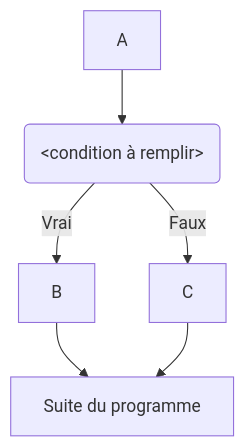
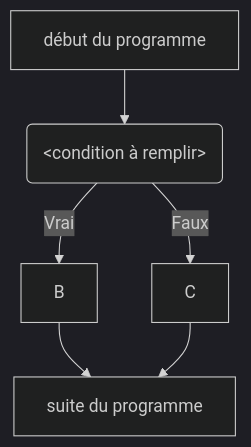
Before and after one commit to Lisra-git/MergeCommitMkDocs42: the second of 4 diagrams in docs/python2.md, drawn with Mermaid. The commit also changed other lines of this file and 20 other files, not shown here.

````diff
--- a/docs/python2.md
+++ b/docs/python2.md
@@ -18,9 +23,10 @@
-    ```mermaid
-    graph TD;
-    A-->p("#60;condition à remplir#62;");
-    p-->|Vrai|B;
-    p-->|Faux|C;
-    B-->D[Suite du programme];
-    C-->D[Suite du programme];
-    class p if;
-    ```
+        ```mermaid
+        %%{init:{'theme': 'dark' }}%%
+        graph TD;
+        A[début du programme]-->p("#60;condition à remplir#62;");
+        p-->|Vrai|B;
+        p-->|Faux|C;
+        B-->D[suite du programme];
+        C-->D[suite du programme];
+        class p if;
+        ```
````
